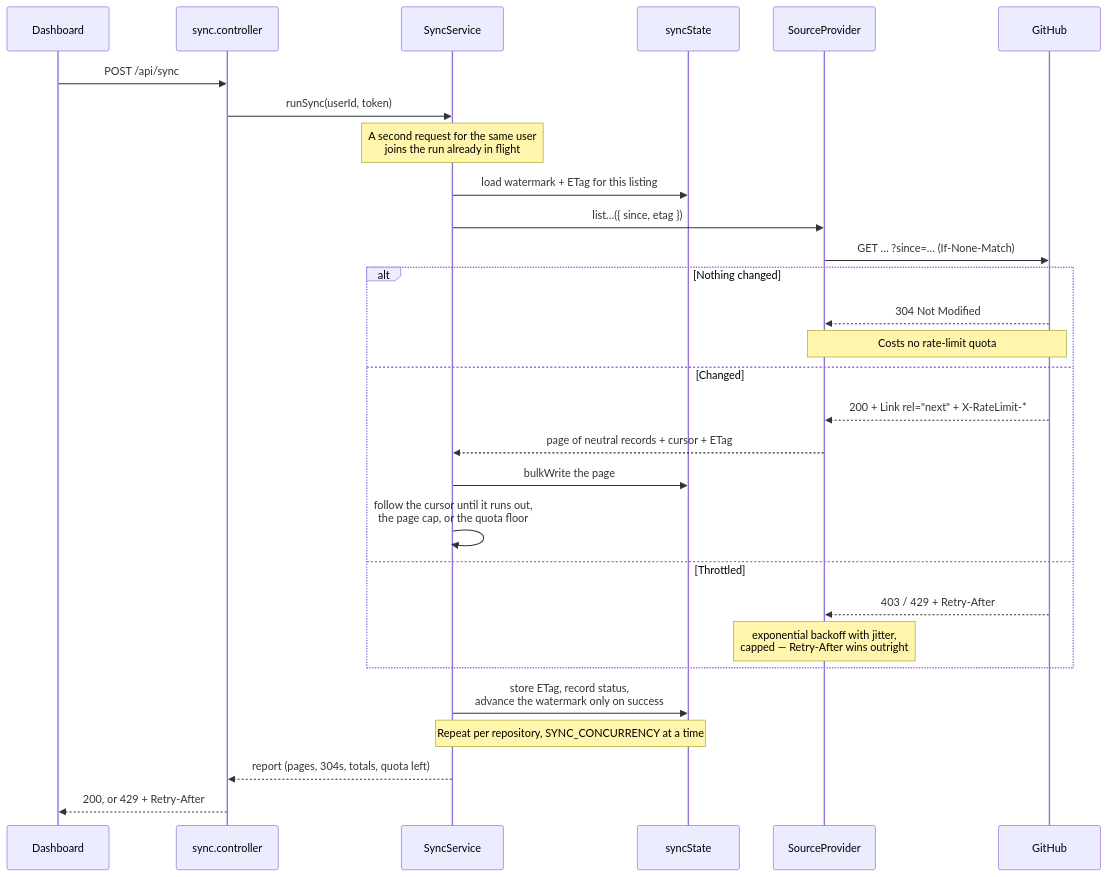
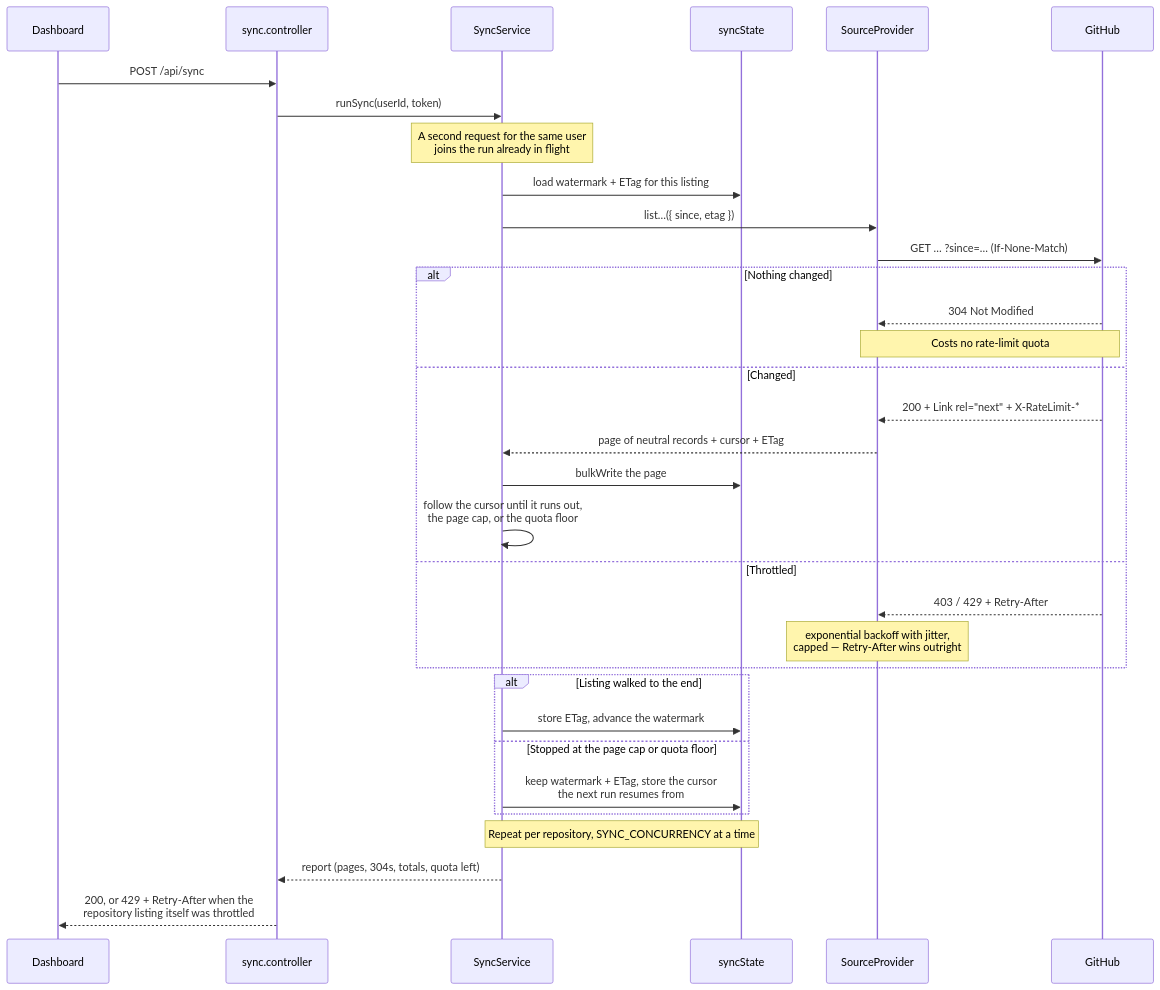
One commit to dev-sas002/github-integration changed the first of 2 diagrams in README.md. Above: the diagram before and after it, drawn with Mermaid. The commit also changed other lines of this file and 9 other files, not shown here.

````diff
--- a/README.md
+++ b/README.md
@@ -54,34 +62,38 @@
 ```mermaid
 sequenceDiagram
     participant UI as Dashboard
     participant API as sync.controller
     participant S as SyncService
     participant DB as syncState
     participant P as SourceProvider
     participant GH as GitHub
 
     UI->>API: POST /api/sync
     API->>S: runSync(userId, token)
     Note over S: A second request for the same user<br/>joins the run already in flight
     S->>DB: load watermark + ETag for this listing
     S->>P: list…({ since, etag })
     P->>GH: GET … ?since=…  (If-None-Match)
 
     alt Nothing changed
         GH-->>P: 304 Not Modified
         Note over P,GH: Costs no rate-limit quota
     else Changed
         GH-->>P: 200 + Link rel="next" + X-RateLimit-*
         P-->>S: page of neutral records + cursor + ETag
         S->>DB: bulkWrite the page
         S->>S: follow the cursor until it runs out,<br/>the page cap, or the quota floor
     else Throttled
         GH-->>P: 403 / 429 + Retry-After
         Note over P: exponential backoff with jitter,<br/>capped — Retry-After wins outright
     end
 
-    S->>DB: store ETag, record status,<br/>advance the watermark only on success
+    alt Listing walked to the end
+        S->>DB: store ETag, advance the watermark
+    else Stopped at the page cap or quota floor
+        S->>DB: keep watermark + ETag, store the cursor<br/>the next run resumes from
+    end
     Note over S,DB: Repeat per repository, SYNC_CONCURRENCY at a time
     S-->>API: report (pages, 304s, totals, quota left)
-    API-->>UI: 200, or 429 + Retry-After
+    API-->>UI: 200, or 429 + Retry-After when the<br/>repository listing itself was throttled
 ```
````
